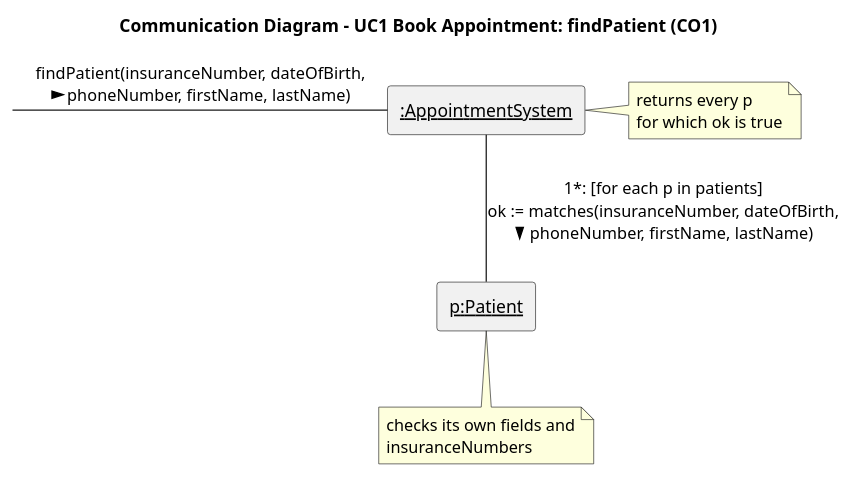
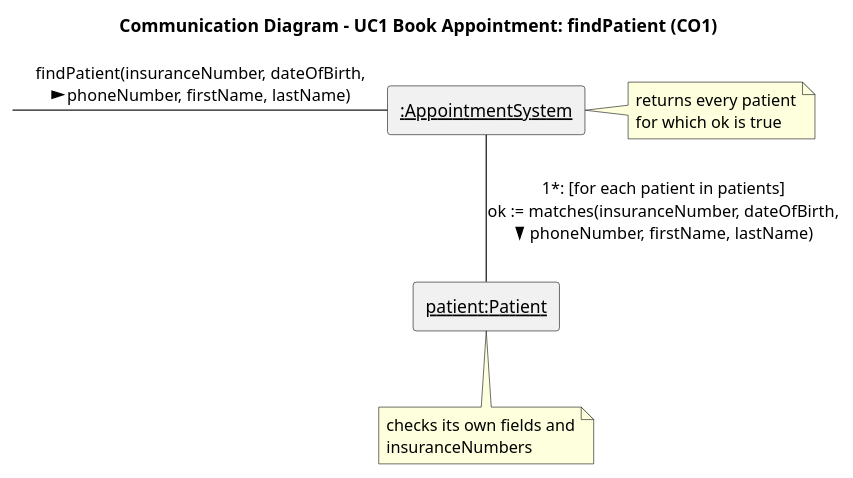
One commit to rakib-akter/SOEN-342-Project changed the diagram in docs/interaction-diagrams/book-appointment-find-patient.puml. Above: the diagram before and after it, drawn with PlantUML. The commit also changed 10 other files, not shown here.

Commit message:
rename the short letters in the interaction diagrams and design notes to full names (p -> patient, h -> professional, l -> location etc) so its easier to read

```diff
--- a/docs/interaction-diagrams/book-appointment-find-patient.puml
+++ b/docs/interaction-diagrams/book-appointment-find-patient.puml
@@ -1,21 +1,21 @@
 @startuml book-appointment-find-patient
 title Communication Diagram - UC1 Book Appointment: findPatient (CO1)
 skinparam linetype polyline
 
 label " " as start
 rectangle "<u>:AppointmentSystem</u>" as ctrl
-rectangle "<u>p:Patient</u>" as p
+rectangle "<u>patient:Patient</u>" as patient
 
 start -right- ctrl : "findPatient(insuranceNumber, dateOfBirth,\nphoneNumber, firstName, lastName) >"
-ctrl -- p : "1*: [for each p in patients]\nok := matches(insuranceNumber, dateOfBirth,\nphoneNumber, firstName, lastName) >"
+ctrl -- patient : "1*: [for each patient in patients]\nok := matches(insuranceNumber, dateOfBirth,\nphoneNumber, firstName, lastName) >"
 
 note right of ctrl
-  returns every p
+  returns every patient
   for which ok is true
 end note
 
-note bottom of p
+note bottom of patient
   checks its own fields and
   insuranceNumbers
 end note
 @enduml
```
